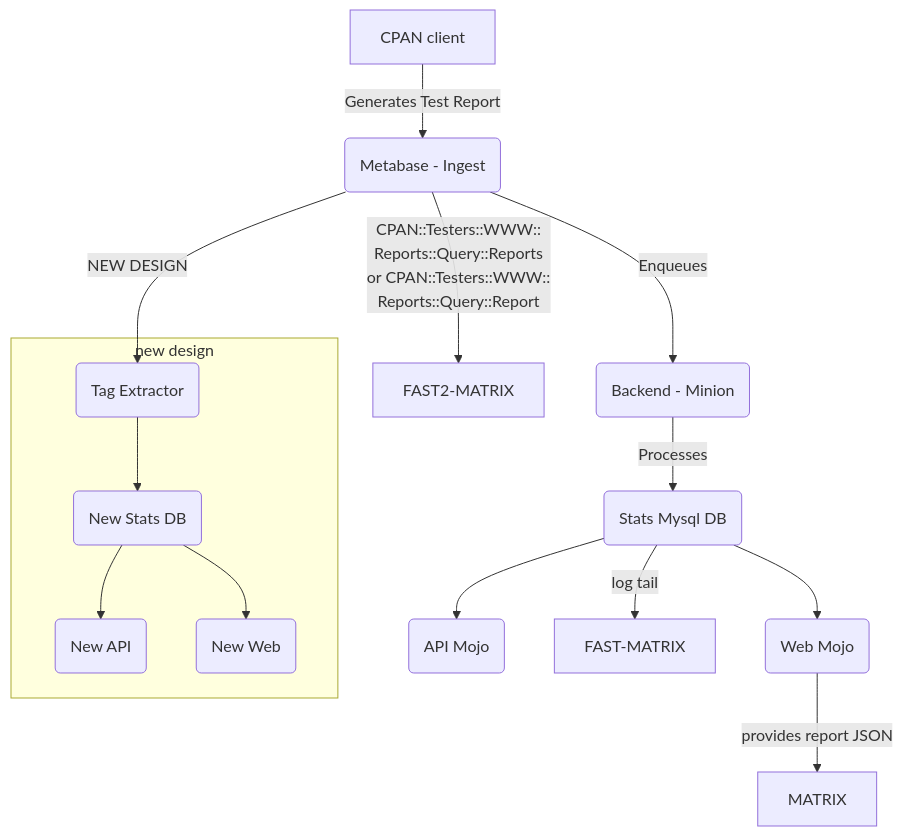
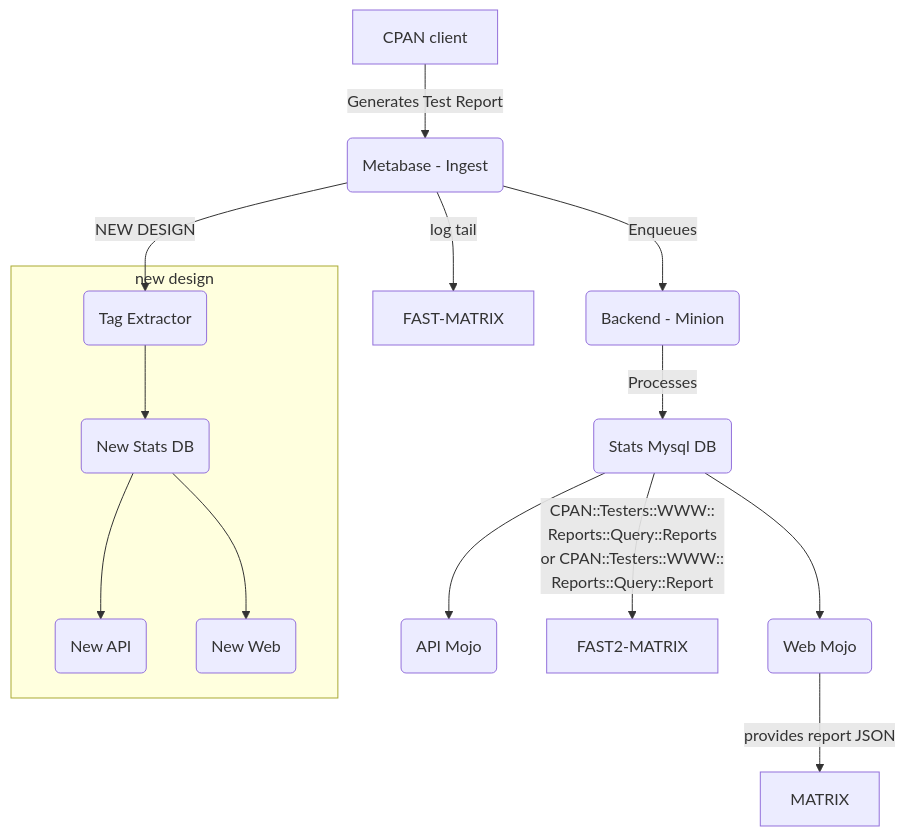
The diagram in report_flow.md (cpan-testers/cpantesters-inventory), drawn with Mermaid before and after one commit.

Commit message:
matrix order fix

````diff
--- a/report_flow.md
+++ b/report_flow.md
@@ -3,20 +3,20 @@
 ```mermaid
 flowchart TD
     A[CPAN client] -->|Generates Test Report| B(Metabase - Ingest)
     B -->|Enqueues| C(Backend - Minion)
     C -->|Processes| D(Stats Mysql DB)
     D --> F(API Mojo)
     D --> G(Web Mojo)
     B -->|NEW DESIGN| H(Tag Extractor)
     subgraph new design
     H --> I(New Stats DB)
     I --> J(New API)
     I --> K(New Web)
     end
     G -->|provides report JSON| MATRIX
-    D -->|log tail| FAST-MATRIX
-    B -->   |CPAN::Testers::WWW::
+    B -->|log tail| FAST-MATRIX
+    D -->   |CPAN::Testers::WWW::
             Reports::Query::Reports
             or CPAN::Testers::WWW::
             Reports::Query::Report| FAST2-MATRIX
 ```
````
